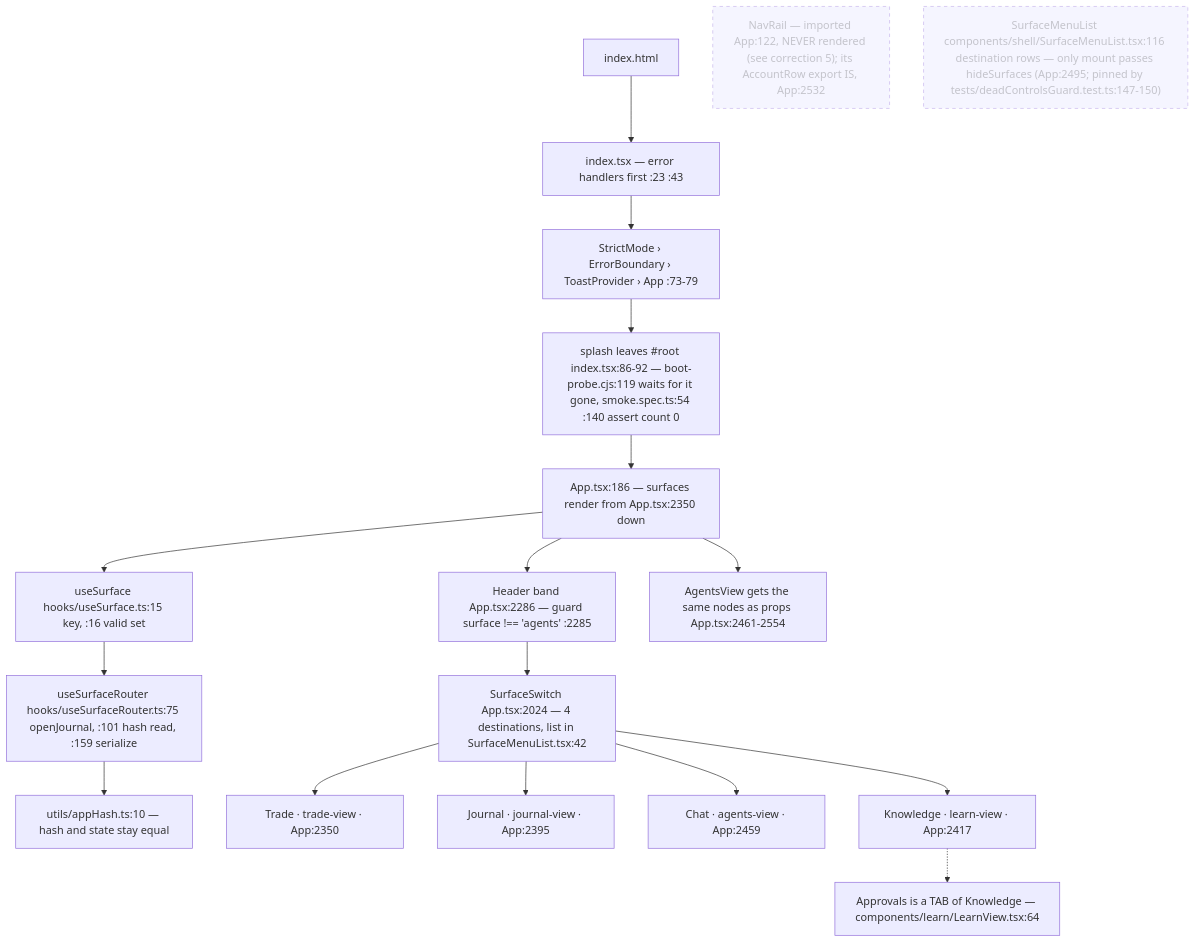
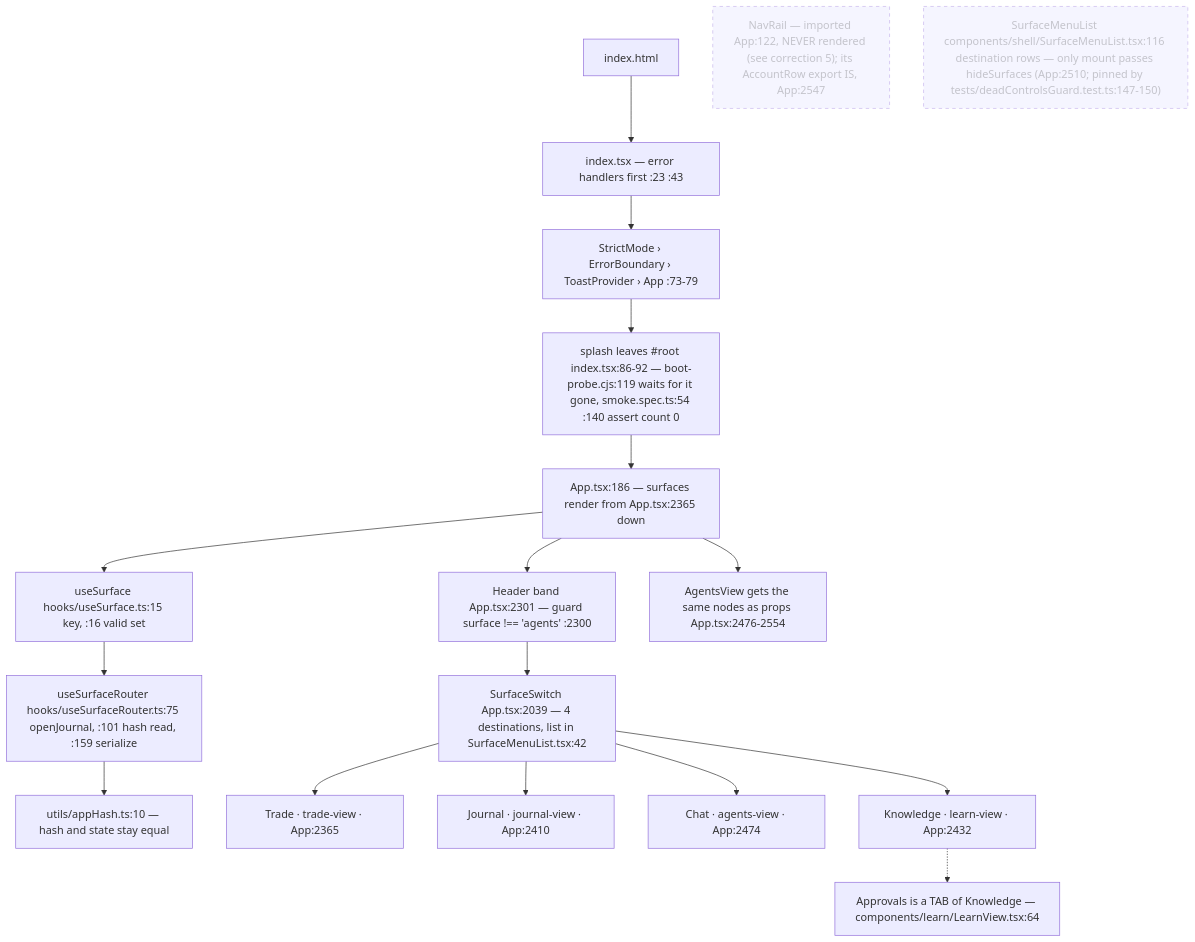
Before and after one commit to Acepay25/august-3.5: the first of 7 diagrams in docs/app-flow.md, drawn with Mermaid. The commit also changed other lines of this file and 3 other files, not shown here.

````diff
--- a/docs/app-flow.md
+++ b/docs/app-flow.md
@@ -32,21 +32,21 @@
 ```mermaid
 flowchart TD
     H["index.html"] --> I["index.tsx — error handlers first :23 :43"]
     I --> S["StrictMode › ErrorBoundary › ToastProvider › App :73-79"]
     S --> SP["splash leaves #root index.tsx:86-92 — boot-probe.cjs:119 waits for it gone, smoke.spec.ts:54 :140 assert count 0"]
-    SP --> APP["App.tsx:186 — surfaces render from App.tsx:2350 down"]
+    SP --> APP["App.tsx:186 — surfaces render from App.tsx:2365 down"]
     APP --> US["useSurface hooks/useSurface.ts:15 key, :16 valid set"]
     US --> UR["useSurfaceRouter hooks/useSurfaceRouter.ts:75 openJournal, :101 hash read, :159 serialize"]
     UR --> HASH["utils/appHash.ts:10 — hash and state stay equal"]
-    APP --> HD["Header band App.tsx:2286 — guard surface !== 'agents' :2285"]
-    HD --> SW["SurfaceSwitch App.tsx:2024 — 4 destinations, list in SurfaceMenuList.tsx:42"]
-    APP --> AV["AgentsView gets the same nodes as props App.tsx:2461-2554"]
-    SW --> T["Trade · trade-view · App:2350"]
-    SW --> J["Journal · journal-view · App:2395"]
-    SW --> C["Chat · agents-view · App:2459"]
-    SW --> K["Knowledge · learn-view · App:2417"]
+    APP --> HD["Header band App.tsx:2301 — guard surface !== 'agents' :2300"]
+    HD --> SW["SurfaceSwitch App.tsx:2039 — 4 destinations, list in SurfaceMenuList.tsx:42"]
+    APP --> AV["AgentsView gets the same nodes as props App.tsx:2476-2554"]
+    SW --> T["Trade · trade-view · App:2365"]
+    SW --> J["Journal · journal-view · App:2410"]
+    SW --> C["Chat · agents-view · App:2474"]
+    SW --> K["Knowledge · learn-view · App:2432"]
     K -.-> AP["Approvals is a TAB of Knowledge — components/learn/LearnView.tsx:64"]
-    NR["NavRail — imported App:122, NEVER rendered (see correction 5); its AccountRow export IS, App:2532"]:::dead
-    SM["SurfaceMenuList components/shell/SurfaceMenuList.tsx:116 destination rows — only mount passes hideSurfaces (App:2495; pinned by tests/deadControlsGuard.test.ts:147-150)"]:::dead
+    NR["NavRail — imported App:122, NEVER rendered (see correction 5); its AccountRow export IS, App:2547"]:::dead
+    SM["SurfaceMenuList components/shell/SurfaceMenuList.tsx:116 destination rows — only mount passes hideSurfaces (App:2510; pinned by tests/deadControlsGuard.test.ts:147-150)"]:::dead
     classDef dead stroke-dasharray: 5 5,opacity:.5
 ```
````
